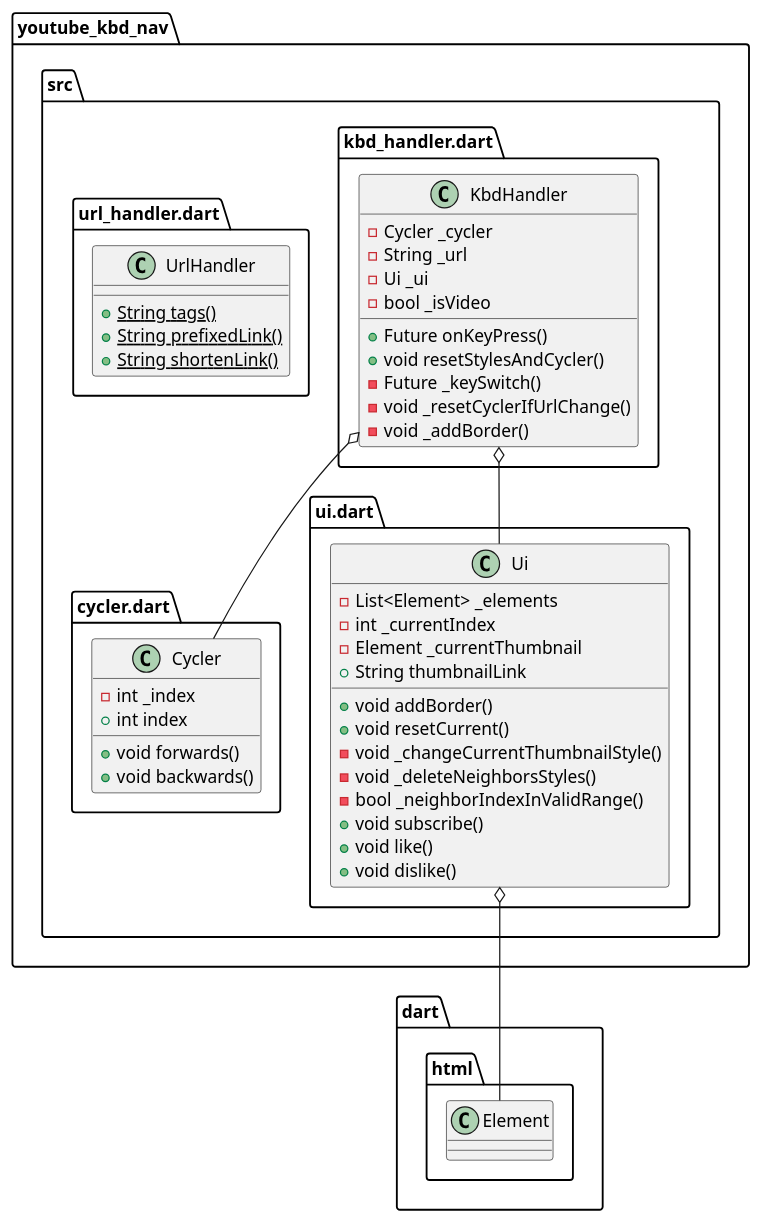
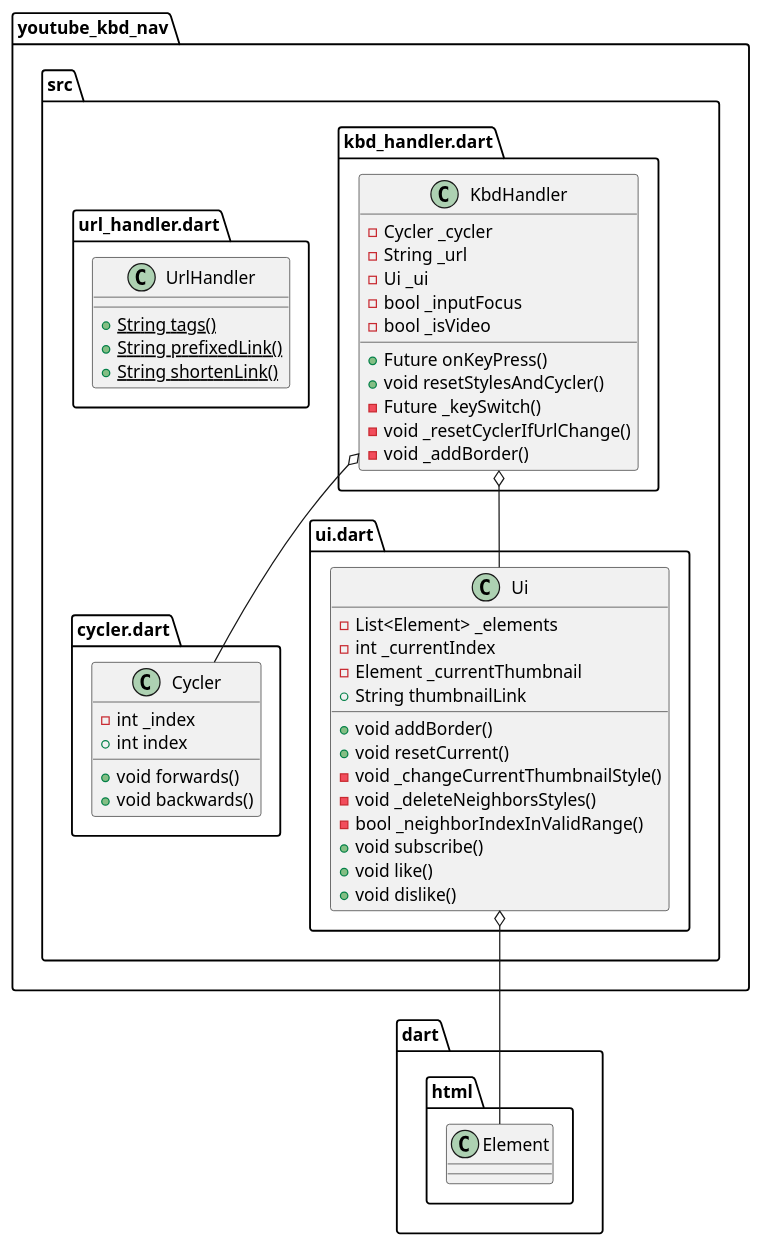
The diagram in uml.puml (FanaroEngineering/youtube_kbd_nav), drawn with PlantUML before and after one commit.

Commit message:
added a hook for generating UML

```diff
--- a/uml.puml
+++ b/uml.puml
@@ -1,50 +1,51 @@
 @startuml youtube_kbd_nav
 set namespaceSeparator ::
 
 class "youtube_kbd_nav::src::cycler.dart::Cycler" {
   -int _index
   +int index
   +void forwards()
   +void backwards()
 }
 
 class "youtube_kbd_nav::src::kbd_handler.dart::KbdHandler" {
   -Cycler _cycler
   -String _url
   -Ui _ui
+  -bool _inputFocus
   -bool _isVideo
   +Future onKeyPress()
   +void resetStylesAndCycler()
   -Future _keySwitch()
   -void _resetCyclerIfUrlChange()
   -void _addBorder()
 }
 
 "youtube_kbd_nav::src::kbd_handler.dart::KbdHandler" o-- "youtube_kbd_nav::src::cycler.dart::Cycler"
 "youtube_kbd_nav::src::kbd_handler.dart::KbdHandler" o-- "youtube_kbd_nav::src::ui.dart::Ui"
 
 class "youtube_kbd_nav::src::ui.dart::Ui" {
   -List<Element> _elements
   -int _currentIndex
   -Element _currentThumbnail
   +String thumbnailLink
   +void addBorder()
   +void resetCurrent()
   -void _changeCurrentThumbnailStyle()
   -void _deleteNeighborsStyles()
   -bool _neighborIndexInValidRange()
   +void subscribe()
   +void like()
   +void dislike()
 }
 
 "youtube_kbd_nav::src::ui.dart::Ui" o-- "dart::html::Element"
 
 class "youtube_kbd_nav::src::url_handler.dart::UrlHandler" {
   {static} +String tags()
   {static} +String prefixedLink()
   {static} +String shortenLink()
 }
 
 
 @enduml
```
